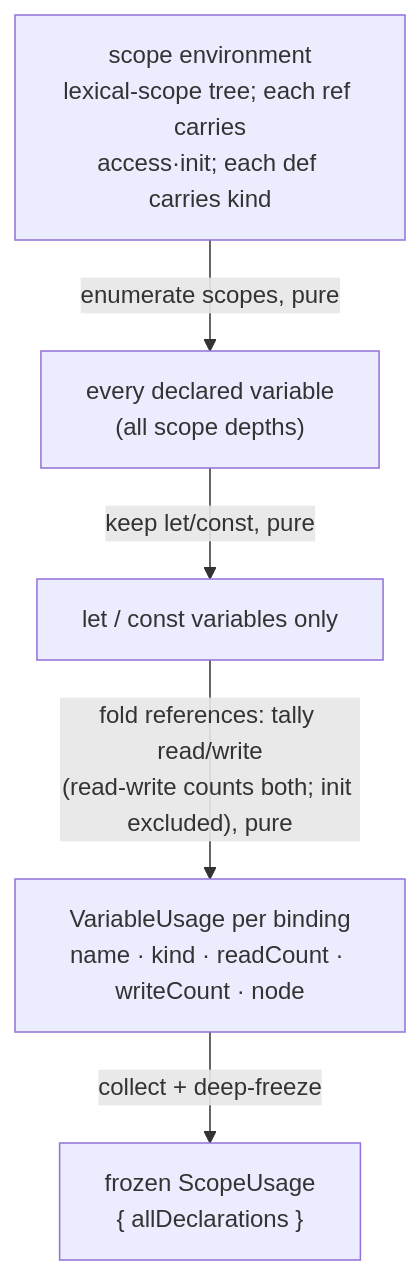
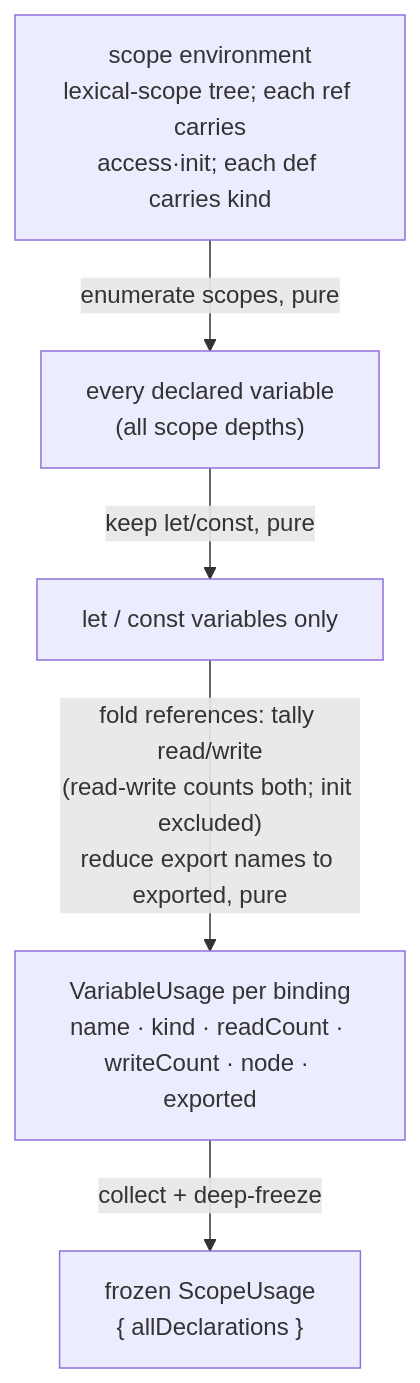
One commit to codeschoolinabox/curricula changed the diagram in src/lib/study-lenses/lib/scoping/DOCS.md. Above: the diagram before and after it, drawn with Mermaid. The commit also changed other lines of this file and 6 other files, not shown here.

````diff
--- a/src/lib/study-lenses/lib/scoping/DOCS.md
+++ b/src/lib/study-lenses/lib/scoping/DOCS.md
@@ -48,13 +50,13 @@
 ```mermaid
 flowchart TD
     Env["scope environment<br/>lexical-scope tree; each ref carries<br/>access·init; each def carries kind"]
     Vars["every declared variable<br/>(all scope depths)"]
     Decls["let / const variables only"]
-    Usage["VariableUsage per binding<br/>name · kind · readCount · writeCount · node"]
+    Usage["VariableUsage per binding<br/>name · kind · readCount · writeCount · node · exported"]
     Out["frozen ScopeUsage<br/>{ allDeclarations }"]
 
     Env -->|"enumerate scopes, pure"| Vars
     Vars -->|"keep let/const, pure"| Decls
-    Decls -->|"fold references: tally read/write<br/>(read-write counts both; init excluded), pure"| Usage
+    Decls -->|"fold references: tally read/write<br/>(read-write counts both; init excluded)<br/>reduce export names to exported, pure"| Usage
     Usage -->|"collect + deep-freeze"| Out
 ```
````
